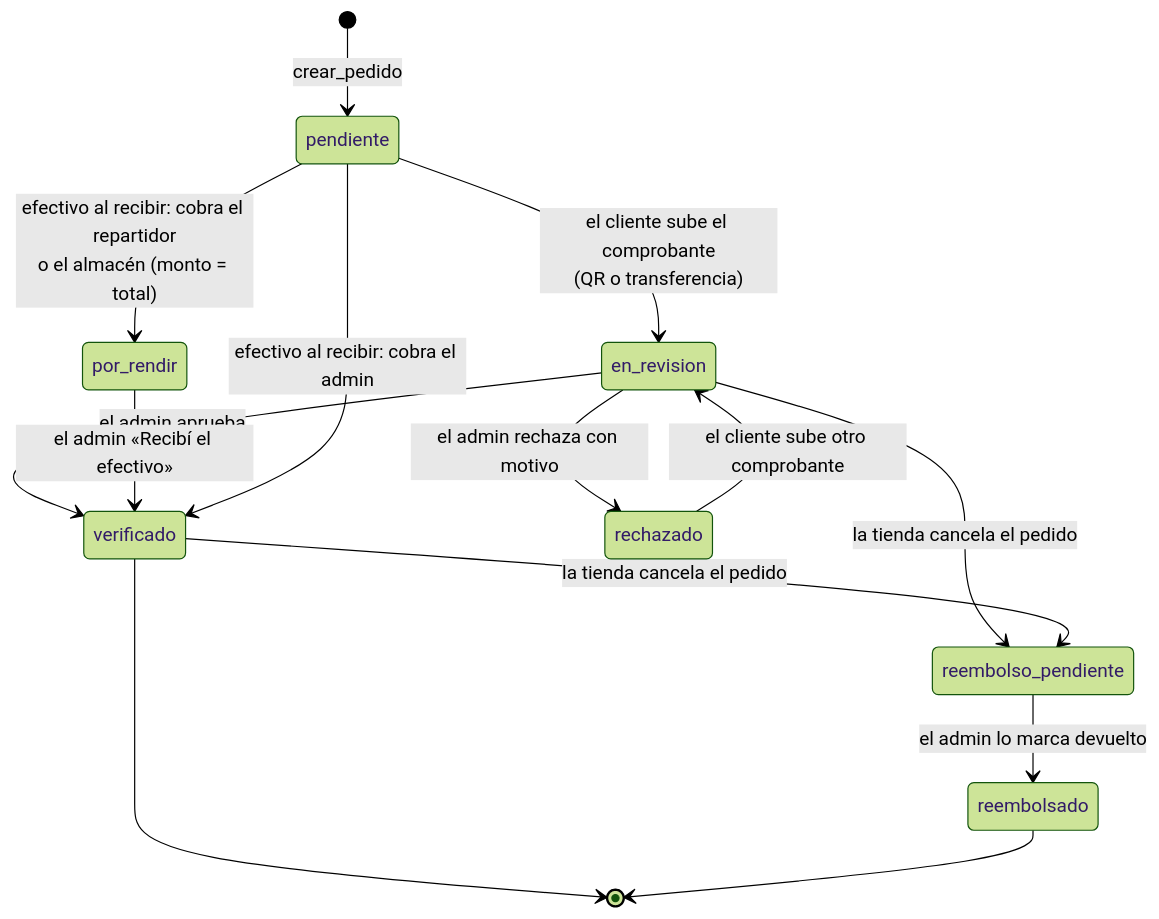
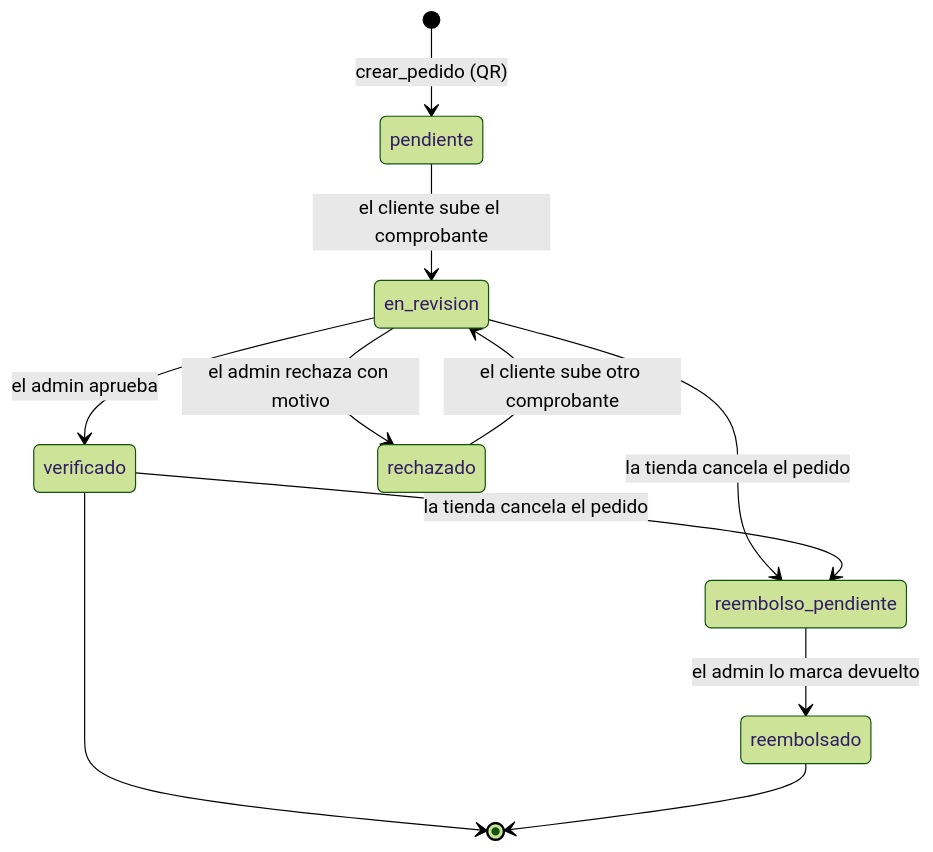
The second of 4 diagrams in docs/uml/estados.md (Almartinezlima/AML-AgroTech), drawn with Mermaid (forest theme) before and after one commit. The commit also changed other lines of this file and 21 other files, not shown here.

Commit message:
docs(entrega): flujo final 9F en specs (pagos solo QR, preparación del admin, entrega, reparto externo y Telegram), casos de uso, UML, OpenAPI, arquitectura, estado y pruebas

````diff
--- a/docs/uml/estados.md
+++ b/docs/uml/estados.md
@@ -43,16 +39,13 @@
 ```mermaid
 stateDiagram-v2
-  [*] --> pendiente : crear_pedido
-  pendiente --> en_revision : el cliente sube el comprobante<br/>(QR o transferencia)
+  [*] --> pendiente : crear_pedido (QR)
+  pendiente --> en_revision : el cliente sube el comprobante
   en_revision --> verificado : el admin aprueba
   en_revision --> rechazado : el admin rechaza con motivo
   rechazado --> en_revision : el cliente sube otro comprobante
-  pendiente --> por_rendir : efectivo al recibir: cobra el repartidor<br/>o el almacén (monto = total)
-  por_rendir --> verificado : el admin «Recibí el efectivo»
-  pendiente --> verificado : efectivo al recibir: cobra el admin
   en_revision --> reembolso_pendiente : la tienda cancela el pedido
   verificado --> reembolso_pendiente : la tienda cancela el pedido
   reembolso_pendiente --> reembolsado : el admin lo marca devuelto
   verificado --> [*]
   reembolsado --> [*]
 ```
````
